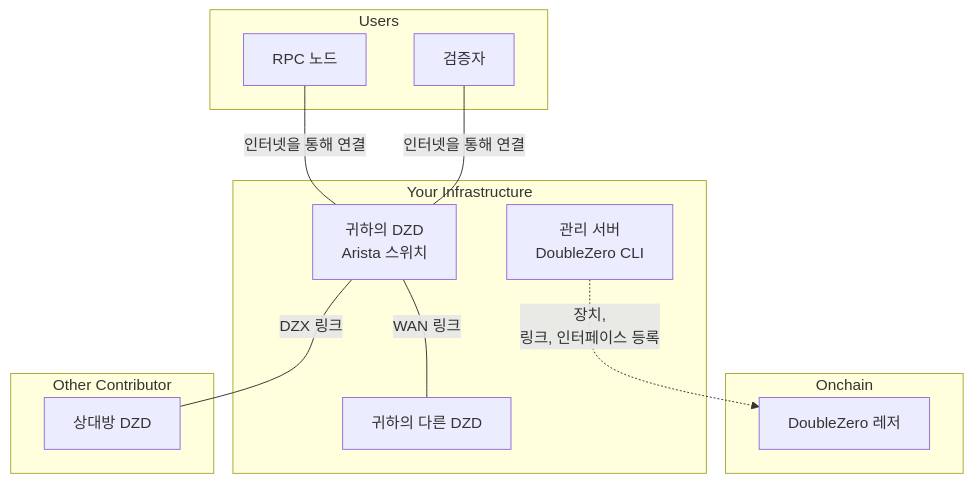
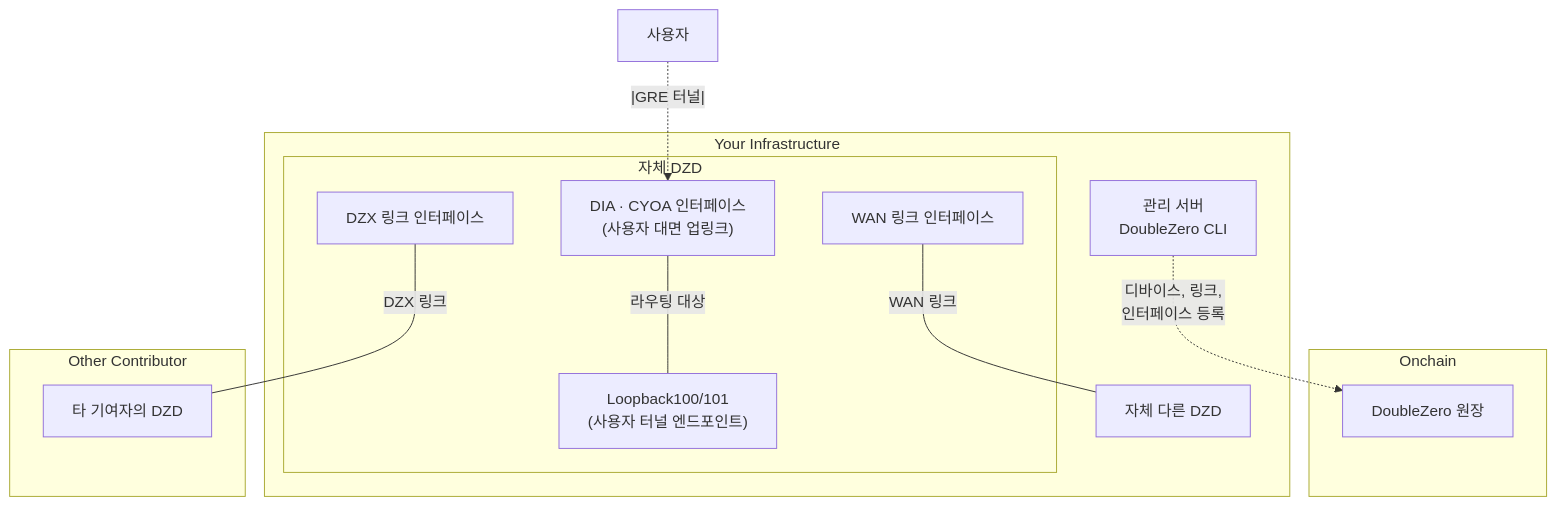
One commit to malbeclabs/docs changed the first of 7 diagrams in docs/contribute-provisioning.ko.md. Above: the diagram before and after it, drawn with Mermaid. The commit also changed other lines of this file and 34 other files, not shown here.

````diff
--- a/docs/contribute-provisioning.ko.md
+++ b/docs/contribute-provisioning.ko.md
@@ -13,26 +50,29 @@
 ```mermaid
 flowchart TB
     subgraph Onchain
-        SC[DoubleZero 레저]
+        SC[DoubleZero 원장]
     end
 
     subgraph Your Infrastructure
         MGMT[관리 서버<br/>DoubleZero CLI]
-        DZD[귀하의 DZD<br/>Arista 스위치]
-        DZD ---|WAN 링크| DZD2[귀하의 다른 DZD]
+        subgraph DZD[자체 DZD]
+            CYOA["DIA · CYOA 인터페이스<br/>(사용자 대면 업링크)"]
+            WAN_INTF["WAN 링크 인터페이스"]
+            DZX_INTF["DZX 링크 인터페이스"]
+            LO100["Loopback100/101<br/>(사용자 터널 엔드포인트)"]
+        end
+        DZD2[자체 다른 DZD]
     end
 
     subgraph Other Contributor
-        OtherDZD[상대방 DZD]
+        OtherDZD[타 기여자의 DZD]
     end
 
-    subgraph Users
-        VAL[검증자]
-        RPC[RPC 노드]
-    end
+    USERS["사용자"]
 
-    MGMT -.->|장치,<br/>링크, 인터페이스 등록| SC
-    DZD ---|DZX 링크| OtherDZD
-    VAL ---|인터넷을 통해 연결| DZD
-    RPC ---|인터넷을 통해 연결| DZD
+    MGMT -.->|디바이스, 링크,<br/>인터페이스 등록| SC
+    WAN_INTF ---|WAN 링크| DZD2
+    DZX_INTF ---|DZX 링크| OtherDZD
+    USERS -.|GRE 터널|.-> CYOA
+    CYOA ---|라우팅 대상| LO100
 ```
````
